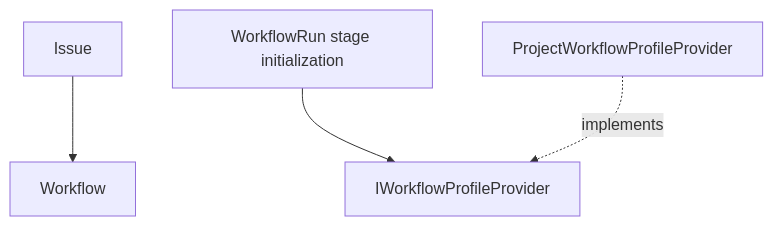
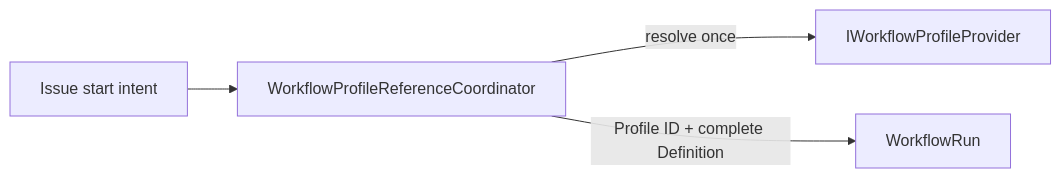
The diagram in design/workflow/profile.md (suraciii/mohist), drawn with Mermaid before and after one commit. The commit also changed other lines of this file and 25 other files, not shown here.

````diff
--- a/design/workflow/profile.md
+++ b/design/workflow/profile.md
@@ -110,6 +96,6 @@
 ```mermaid
-flowchart TD
-    I["Issue"] --> W["Workflow"]
-    SI["WorkflowRun stage initialization"] --> PP["IWorkflowProfileProvider"]
-    PWP["ProjectWorkflowProfileProvider"] -.->|"implements"| PP
+flowchart LR
+    I["Issue start intent"] --> C["WorkflowProfileReferenceCoordinator"]
+    C -->|"resolve once"| P["IWorkflowProfileProvider"]
+    C -->|"Profile ID + complete Definition"| R["WorkflowRun"]
 ```
````
